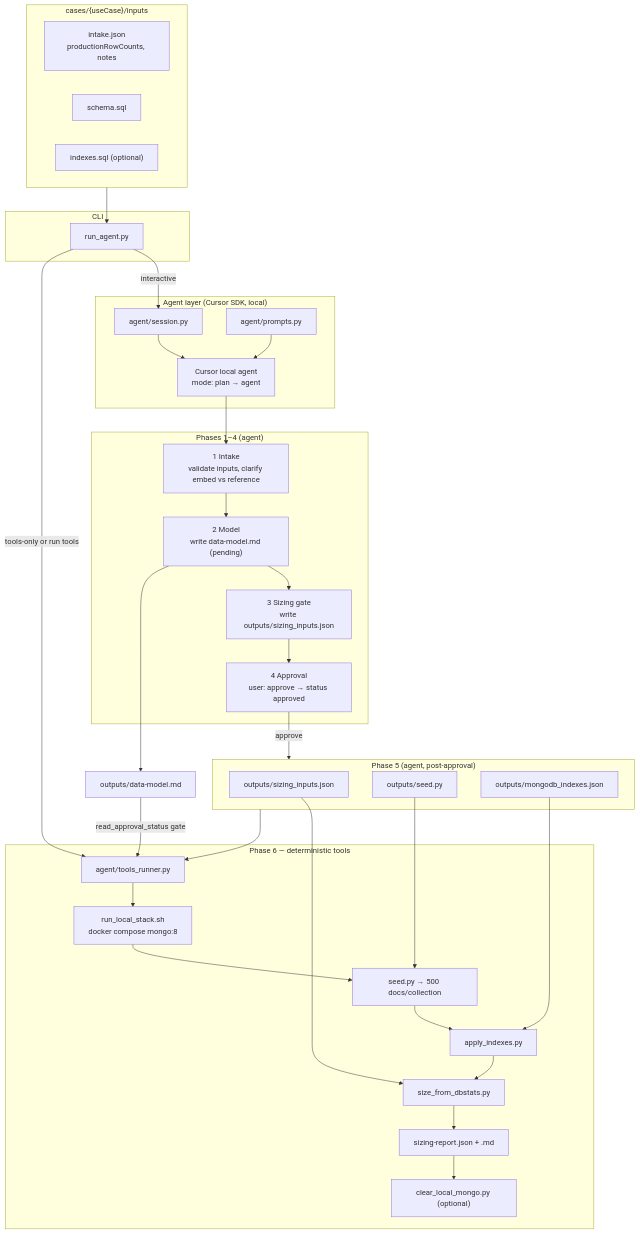
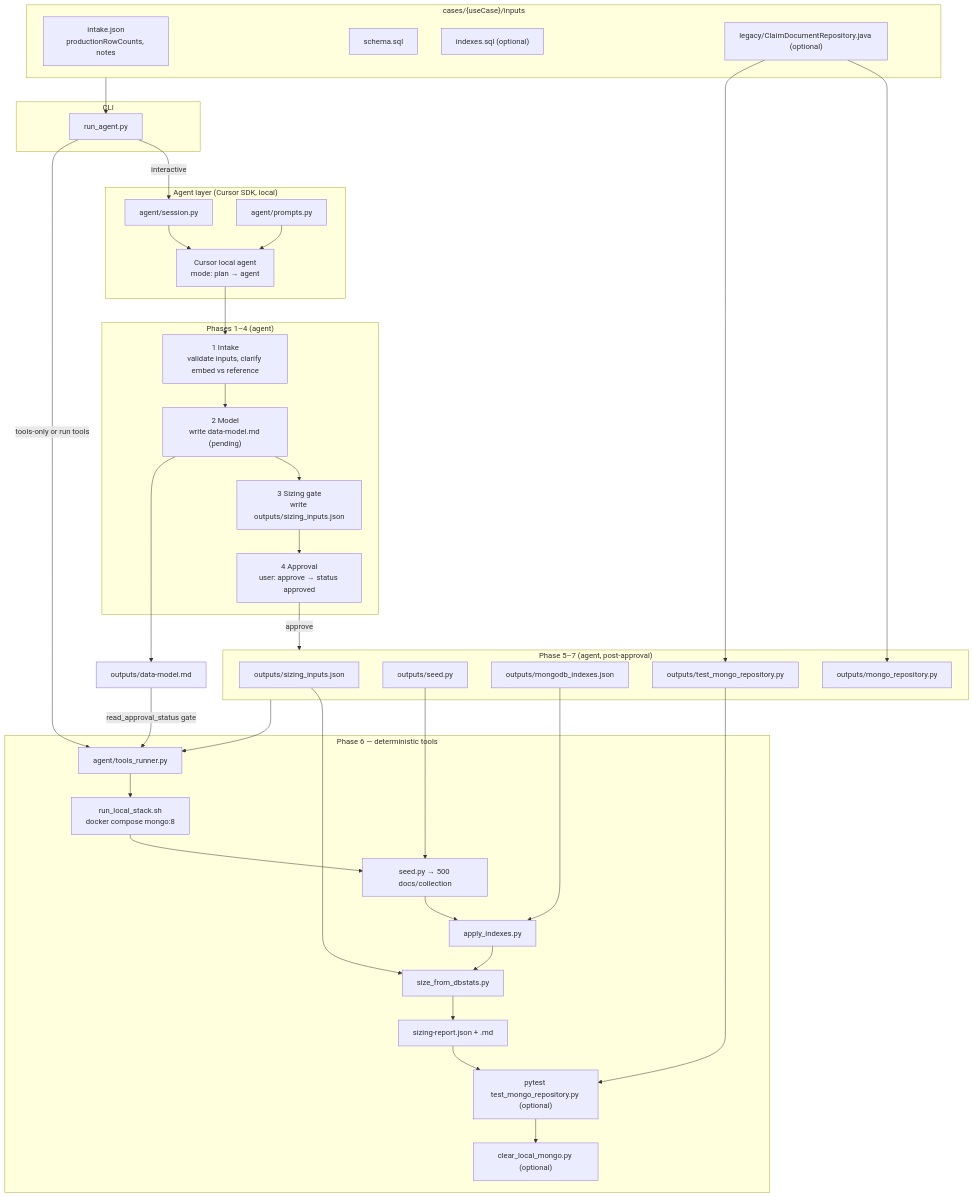
One commit to parthobardhan/mongodb-sizing-agent changed the diagram in README.md. Above: the diagram before and after it, drawn with Mermaid. The commit also changed other lines of this file and 10 other files, not shown here.

First line of the commit message:
Add Phase 7 legacy JDBC-to-PyMongo repository migration support.

````diff
--- a/README.md
+++ b/README.md
@@ -9,57 +9,65 @@
 ```mermaid
 flowchart TB
   subgraph inputs ["cases/{useCase}/inputs"]
     intake["intake.json<br/>productionRowCounts, notes"]
     schema["schema.sql"]
     indexes_sql["indexes.sql (optional)"]
+    legacy["legacy/ClaimDocumentRepository.java (optional)"]
   end
 
   subgraph cli ["CLI"]
     run["run_agent.py"]
   end
 
   subgraph agent_layer ["Agent layer (Cursor SDK, local)"]
     session["agent/session.py"]
     prompts["agent/prompts.py"]
     cursor["Cursor local agent<br/>mode: plan → agent"]
   end
 
   subgraph phases ["Phases 1–4 (agent)"]
     p1["1 Intake<br/>validate inputs, clarify embed vs reference"]
     p2["2 Model<br/>write data-model.md (pending)"]
     p3["3 Sizing gate<br/>write outputs/sizing_inputs.json"]
     p4["4 Approval<br/>user: approve → status approved"]
   end
 
-  subgraph gen ["Phase 5 (agent, post-approval)"]
+  subgraph gen ["Phase 5–7 (agent, post-approval)"]
     sizing_in["outputs/sizing_inputs.json"]
     seed_py["outputs/seed.py"]
     idx_json["outputs/mongodb_indexes.json"]
+    repo_py["outputs/mongo_repository.py"]
+    repo_test["outputs/test_mongo_repository.py"]
   end
 
   subgraph tools ["Phase 6 — deterministic tools"]
     runner["agent/tools_runner.py"]
     docker["run_local_stack.sh<br/>docker compose mongo:8"]
     seed_run["seed.py → 500 docs/collection"]
     apply["apply_indexes.py"]
     size["size_from_dbstats.py"]
     report["sizing-report.json + .md"]
+    verify["pytest test_mongo_repository.py (optional)"]
     cleanup["clear_local_mongo.py (optional)"]
   end
 
   inputs --> run
   run -->|"interactive"| session
   session --> cursor
   prompts --> cursor
   cursor --> p1 --> p2 --> p3 --> p4
   p4 -->|"approve"| gen
   run -->|"tools-only or run tools"| runner
   gen --> runner
   runner --> docker --> seed_run --> apply --> size --> report
-  report --> cleanup
+  report --> verify
+  verify --> cleanup
   sizing_in --> size
   idx_json --> apply
   seed_py --> seed_run
+  legacy --> repo_py
+  legacy --> repo_test
+  repo_test --> verify
   p2 --> dm["outputs/data-model.md"]
   dm -->|"read_approval_status gate"| runner
 ```
````
